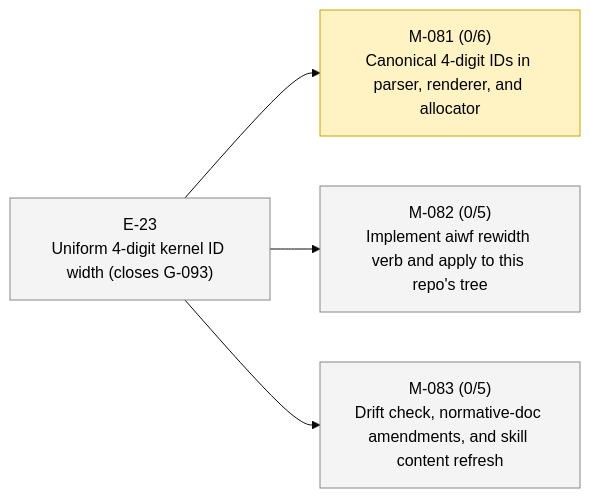
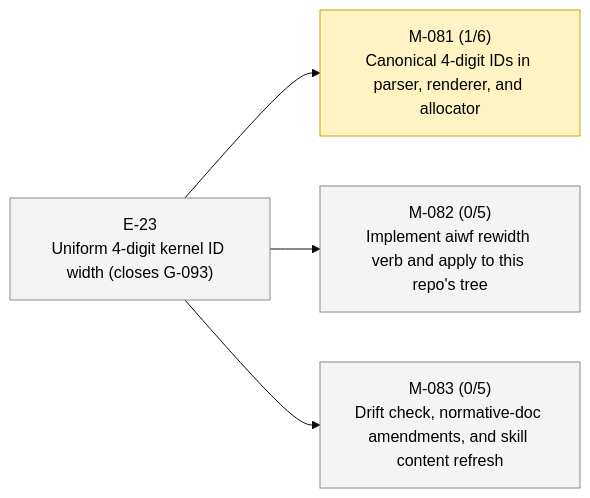
The second of 2 diagrams in STATUS.md (23min/aiwf), drawn with Mermaid (base theme) before and after one commit. The commit also changed other lines of this file and 1 other file, not shown here.

````diff
--- a/STATUS.md
+++ b/STATUS.md
@@ -47,16 +47,16 @@
 ```mermaid
 flowchart LR
   E_23["E-23<br/>Uniform 4-digit kernel ID width (closes G-093)"]:::epic_proposed
-  M_081["M-081 (0/6)<br/>Canonical 4-digit IDs in parser, renderer, and allocator"]:::ms_in_progress
+  M_081["M-081 (1/6)<br/>Canonical 4-digit IDs in parser, renderer, and allocator"]:::ms_in_progress
   E_23 --> M_081
   M_082["M-082 (0/5)<br/>Implement aiwf rewidth verb and apply to this repo's tree"]:::ms_draft
   E_23 --> M_082
   M_083["M-083 (0/5)<br/>Drift check, normative-doc amendments, and skill content refresh"]:::ms_draft
   E_23 --> M_083
   classDef epic_active fill:#d6eaff,stroke:#1a73e8,color:#000
   classDef epic_proposed fill:#f4f4f4,stroke:#888,color:#000
   classDef ms_done fill:#d8f5d8,stroke:#2a8a2a,color:#000
   classDef ms_in_progress fill:#fff3c4,stroke:#caa400,color:#000
   classDef ms_draft fill:#f4f4f4,stroke:#888,color:#000
   classDef ms_cancelled fill:#fbeaea,stroke:#c33,color:#000
 ```
````
